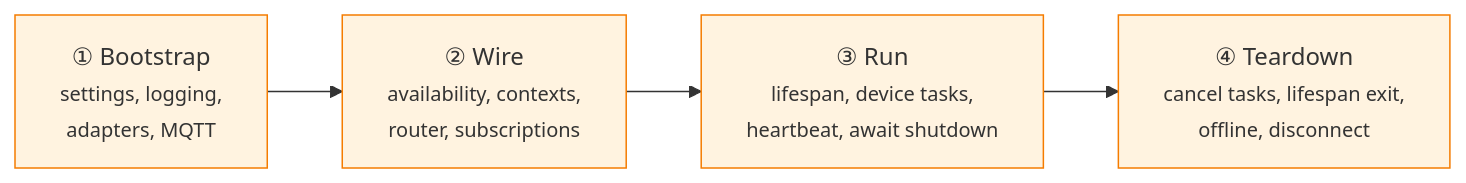
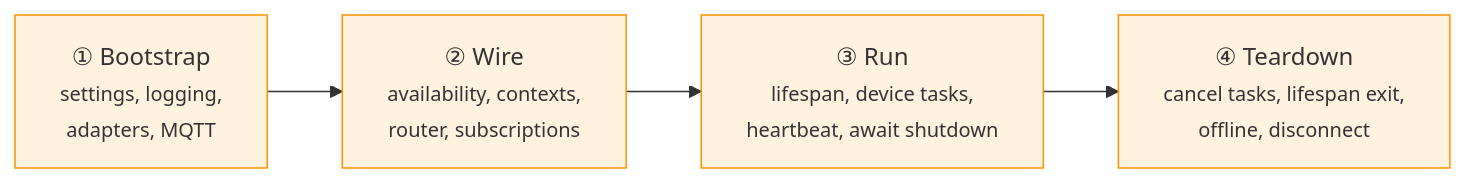
The second of 2 diagrams in docs/concepts/architecture.md (ff-fab/cosalette), drawn with Mermaid before and after one commit. The commit also changed other lines of this file and 8 other files, not shown here.

First line of the commit message:
feat: hero responsive CSS and Mermaid brand color alignment (#153)

````diff
--- a/docs/concepts/architecture.md
+++ b/docs/concepts/architecture.md
@@ -94,12 +94,12 @@
 ```mermaid
 graph LR
     B["① Bootstrap<br/><small>settings, logging,<br/>adapters, MQTT</small>"]
     W["② Wire<br/><small>availability, contexts,<br/>router, subscriptions</small>"]
     R["③ Run<br/><small>lifespan, device tasks,<br/>heartbeat, await shutdown</small>"]
     T["④ Teardown<br/><small>cancel tasks, lifespan exit,<br/>offline, disconnect</small>"]
 
     B --> W --> R --> T
 
-    classDef phase fill:#fff3e0,stroke:#f57c00
+    classDef phase fill:#fff3e0,stroke:#FF9100
     class B,W,R,T phase
 ```
````
